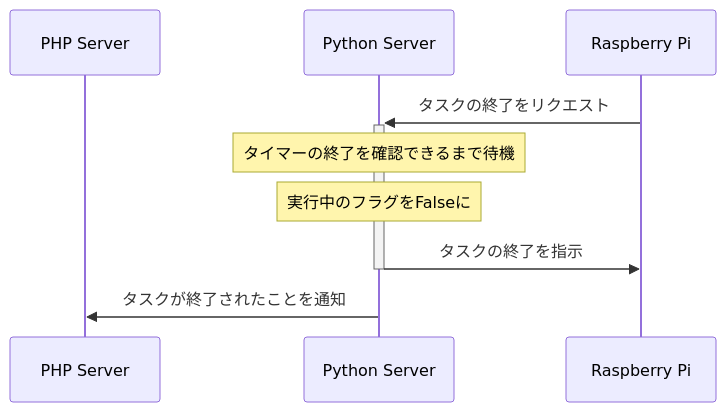
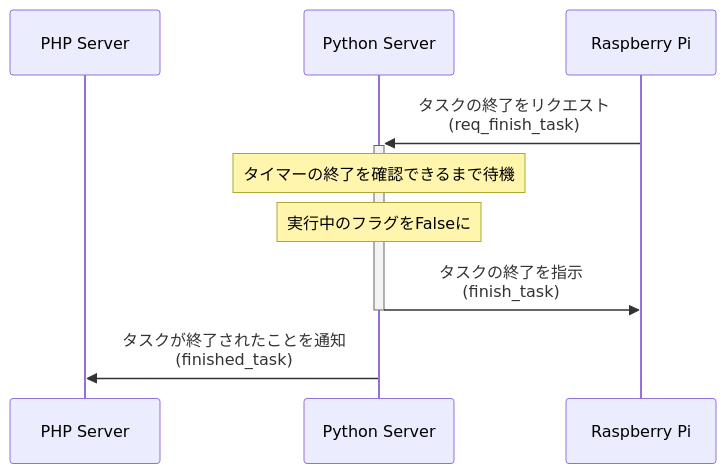
One commit to litech-team/li-learn-timer-docs changed the third of 5 diagrams in sequence.md. Above: the diagram before and after it, drawn with Mermaid. The commit also changed other lines of this file, not shown here.

````diff
--- a/sequence.md
+++ b/sequence.md
@@ -44,12 +44,12 @@
 ```mermaid
 sequenceDiagram
     participant server as PHP Server
     participant python as Python Server
     participant client as Raspberry Pi
 
-    client ->>+ python: タスクの終了をリクエスト
+    client ->>+ python: タスクの終了をリクエスト<br>(req_finish_task)
     Note over python: タイマーの終了を確認できるまで待機
     Note over python: 実行中のフラグをFalseに
-    python ->>- client: タスクの終了を指示
-    python ->> server: タスクが終了されたことを通知
+    python ->>- client: タスクの終了を指示<br>(finish_task)
+    python ->> server: タスクが終了されたことを通知<br>(finished_task)
 ```
````
